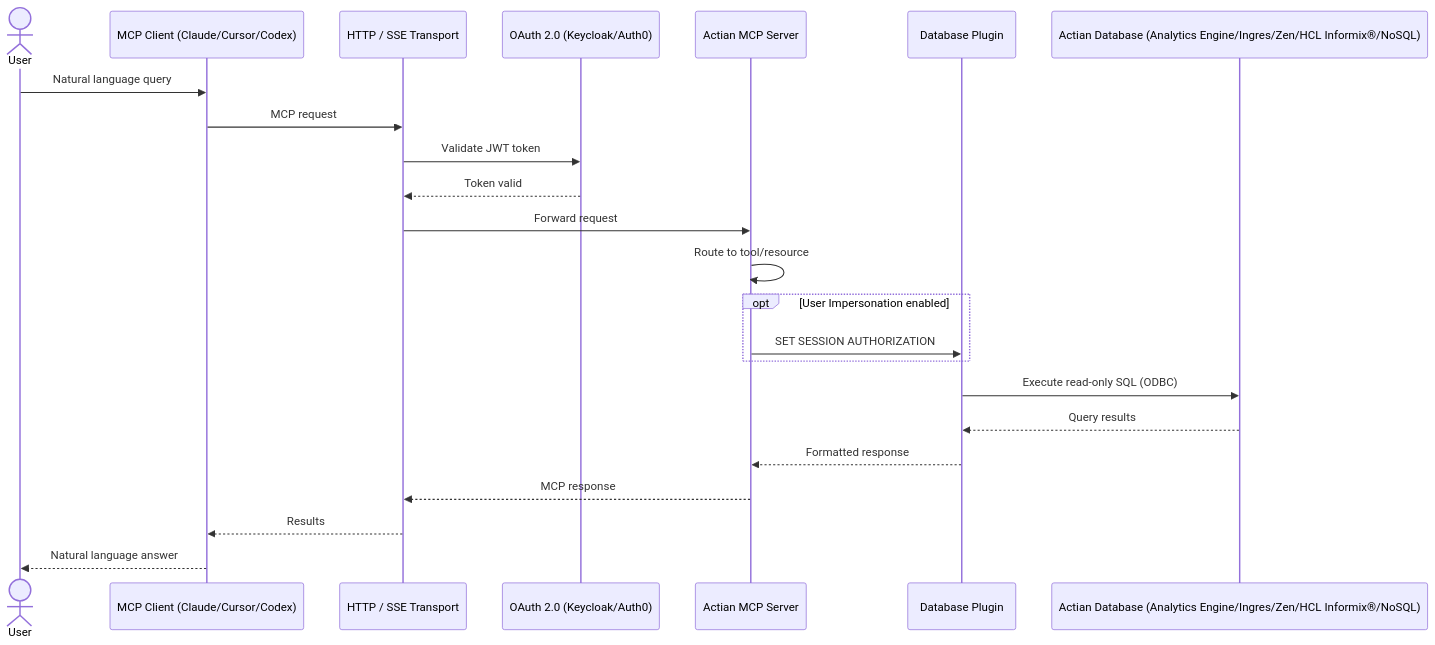
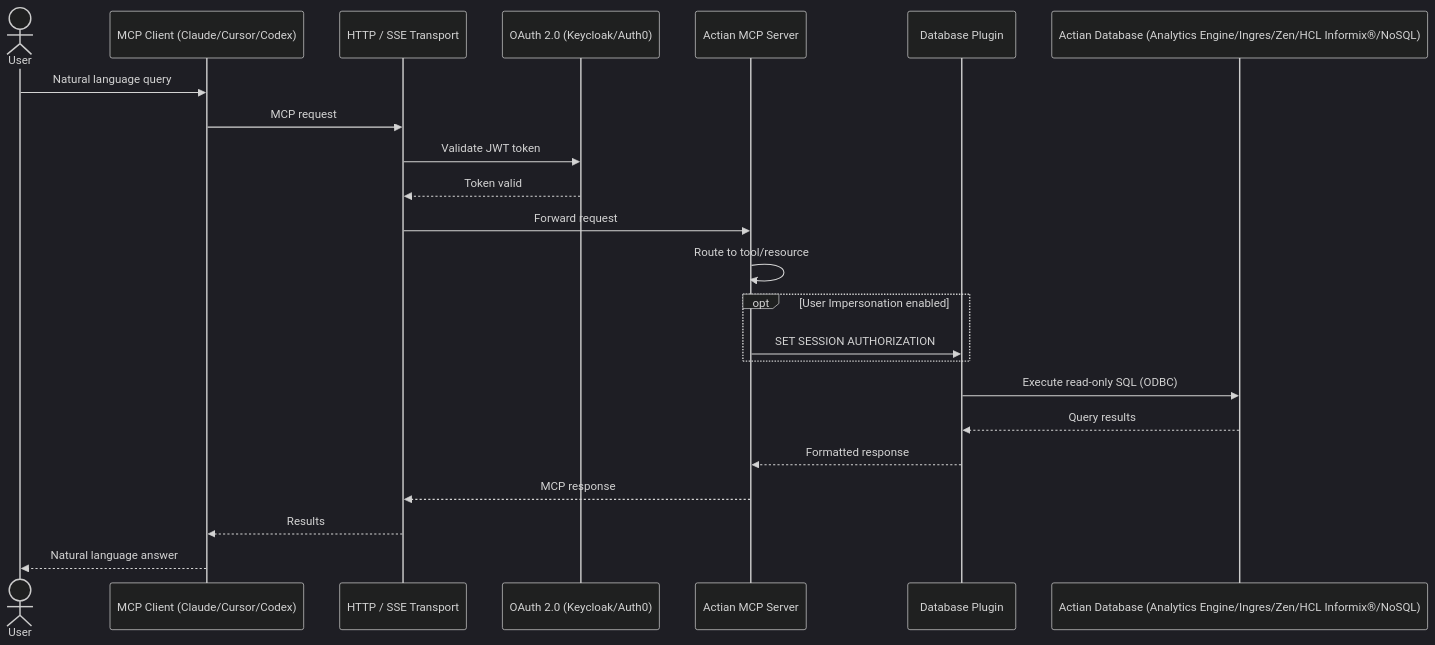
The second of 2 diagrams in docs/intro/index.md (ActianCorp/mcp-server-docs), drawn with Mermaid before and after one commit. The commit also changed other lines of this file and 4 other files, not shown here.

````diff
--- a/docs/intro/index.md
+++ b/docs/intro/index.md
@@ -106,31 +107,31 @@
 ```mermaid
-%%{init: {'theme': 'default', 'themeVariables': {'fontSize': '20px'}}}%%
+%%{init: {'theme': 'dark', 'themeVariables': {'fontSize': '20px', 'fontFamily': 'arial'}}}%%
 sequenceDiagram
     actor User
     participant Client as MCP Client (Claude/Cursor/Codex)
     participant Transport as HTTP / SSE Transport
     participant Auth as OAuth 2.0 (Keycloak/Auth0)
     participant Server as Actian MCP Server
     participant Plugin as Database Plugin
     participant DB as Actian Database (Analytics Engine/Ingres/Zen/HCL Informix®/NoSQL)
 
     User->>Client: Natural language query
     Client->>Transport: MCP request
 
     Transport->>Auth: Validate JWT token
     Auth-->>Transport: Token valid
 
     Transport->>Server: Forward request
     Server->>Server: Route to tool/resource
 
     opt User Impersonation enabled
         Server->>Plugin: SET SESSION AUTHORIZATION
     end
 
     Plugin->>DB: Execute read-only SQL (ODBC)
     DB-->>Plugin: Query results
     Plugin-->>Server: Formatted response
     Server-->>Transport: MCP response
     Transport-->>Client: Results
     Client-->>User: Natural language answer
 ```
````
